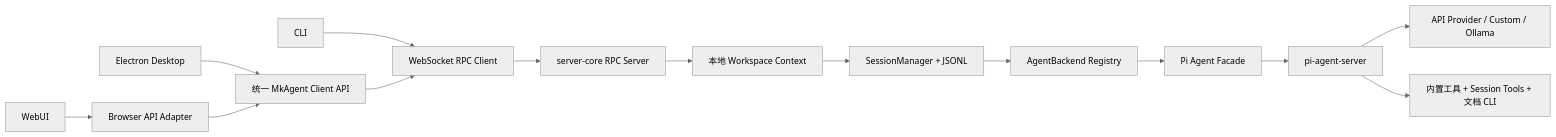
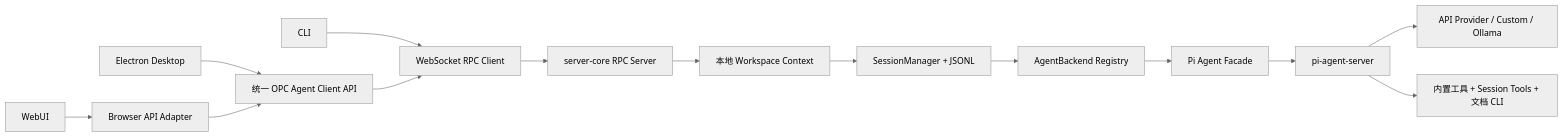
The diagram in docs/migration/migration-mvp.md (iBigQiang/OpcAgent), drawn with Mermaid (neutral theme) before and after one commit. The commit also changed other lines of this file and 638 other files, not shown here.

Commit message:
feat: rebrand project as OPC Agent

````diff
--- a/docs/migration/migration-mvp.md
+++ b/docs/migration/migration-mvp.md
@@ -142,15 +142,15 @@
 ```mermaid
 flowchart LR
-  Desktop["Electron Desktop"] --> ClientAPI["统一 MkAgent Client API"]
+  Desktop["Electron Desktop"] --> ClientAPI["统一 OPC Agent Client API"]
   WebUI["WebUI"] --> Adapter["Browser API Adapter"] --> ClientAPI
   CLI["CLI"] --> RpcClient["WebSocket RPC Client"]
   ClientAPI --> RpcClient
   RpcClient --> RpcServer["server-core RPC Server"]
   RpcServer --> Workspace["本地 Workspace Context"]
   Workspace --> Sessions["SessionManager + JSONL"]
   Sessions --> Backend["AgentBackend Registry"]
   Backend --> PiFacade["Pi Agent Facade"]
   PiFacade --> PiProcess["pi-agent-server"]
   PiProcess --> Providers["API Provider / Custom / Ollama"]
   PiProcess --> Tools["内置工具 + Session Tools + 文档 CLI"]
 ```
````
